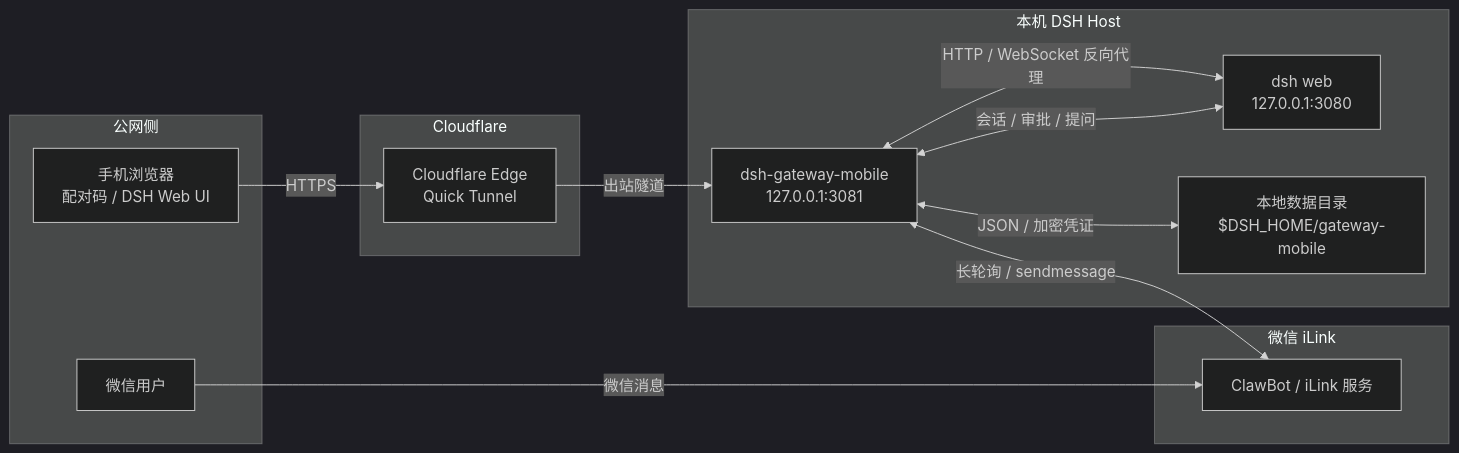
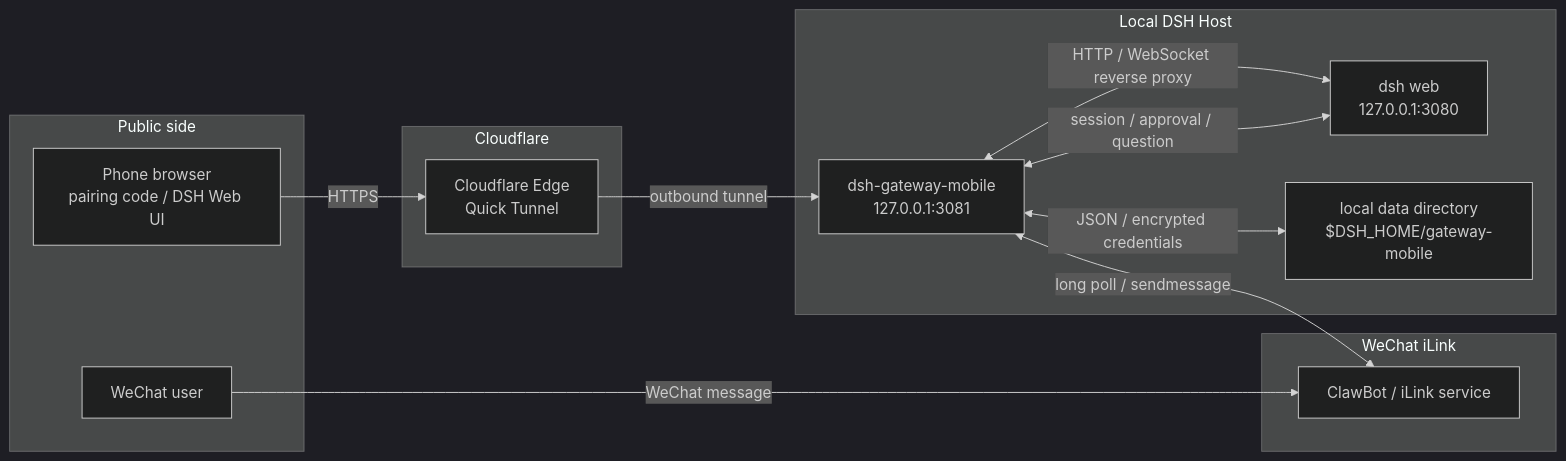
Before and after one commit to open2ai/dsh-gateway-mobile: the first of 10 diagrams in docs/architecture-flow.md, drawn with Mermaid (dark theme). The commit also changed other lines of this file and 85 other files, not shown here.

Commit message:
feat: harden gateway for long-running use and simplify the admin console. Version 0.1.4; changes are additive and backward compatible.

````diff
--- a/docs/architecture-flow.md
+++ b/docs/architecture-flow.md
@@ -22,29 +24,29 @@
 ```mermaid
 flowchart LR
-  subgraph Public["公网侧"]
-    Phone["手机浏览器<br/>配对码 / DSH Web UI"]
-    WeChatUser["微信用户"]
+  subgraph Public["Public side"]
+    Phone["Phone browser<br/>pairing code / DSH Web UI"]
+    WeChatUser["WeChat user"]
   end
 
   subgraph CF["Cloudflare"]
     Edge["Cloudflare Edge<br/>Quick Tunnel"]
   end
 
-  subgraph ILink["微信 iLink"]
-    WX["ClawBot / iLink 服务"]
+  subgraph ILink["WeChat iLink"]
+    WX["ClawBot / iLink service"]
   end
 
-  subgraph Host["本机 DSH Host"]
+  subgraph Host["Local DSH Host"]
     GW["dsh-gateway-mobile<br/>127.0.0.1:3081"]
     DSH["dsh web<br/>127.0.0.1:3080"]
-    FS["本地数据目录<br/>$DSH_HOME/gateway-mobile"]
+    FS["local data directory<br/>$DSH_HOME/gateway-mobile"]
   end
 
   Phone -->|HTTPS| Edge
-  Edge -->|出站隧道| GW
-  WeChatUser -->|微信消息| WX
-  GW <-->|长轮询 / sendmessage| WX
-  GW <-->|HTTP / WebSocket 反向代理| DSH
-  GW <-->|JSON / 加密凭证| FS
-  DSH <-->|会话 / 审批 / 提问| GW
+  Edge -->|outbound tunnel| GW
+  WeChatUser -->|WeChat message| WX
+  GW <-->|long poll / sendmessage| WX
+  GW <-->|HTTP / WebSocket reverse proxy| DSH
+  GW <-->|JSON / encrypted credentials| FS
+  DSH <-->|session / approval / question| GW
 ```
````
